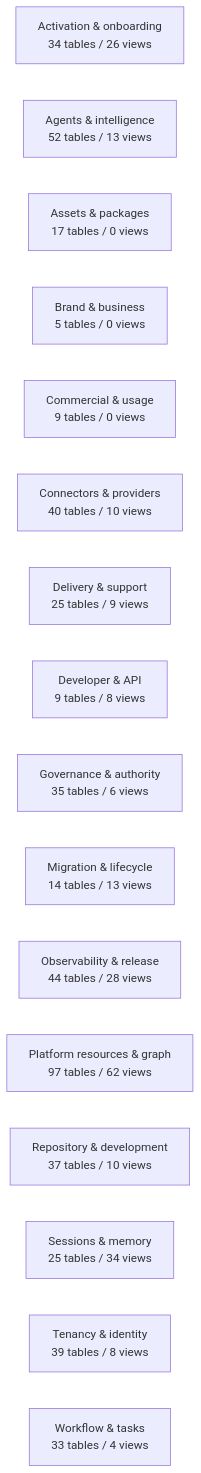
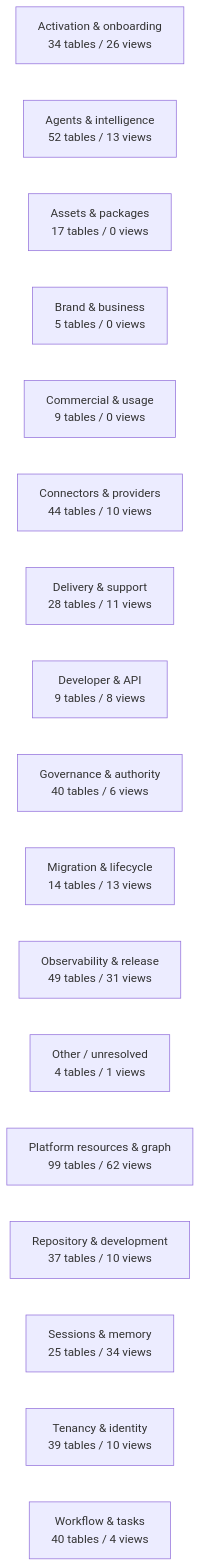
One commit to mad4bdigital-ai/multi-business-multi-role-growth-intelligence-os changed the diagram in docs/work-maps/data-model-domain-map.md. Above: the diagram before and after it, drawn with Mermaid. The commit also changed other lines of this file and 10 other files, not shown here.

````diff
--- a/docs/work-maps/data-model-domain-map.md
+++ b/docs/work-maps/data-model-domain-map.md
@@ -9,19 +9,20 @@
 ```mermaid
 flowchart LR
   n_Activation___onboarding["Activation & onboarding<br/>34 tables / 26 views"]
   n_Agents___intelligence["Agents & intelligence<br/>52 tables / 13 views"]
   n_Assets___packages["Assets & packages<br/>17 tables / 0 views"]
   n_Brand___business["Brand & business<br/>5 tables / 0 views"]
   n_Commercial___usage["Commercial & usage<br/>9 tables / 0 views"]
-  n_Connectors___providers["Connectors & providers<br/>40 tables / 10 views"]
-  n_Delivery___support["Delivery & support<br/>25 tables / 9 views"]
+  n_Connectors___providers["Connectors & providers<br/>44 tables / 10 views"]
+  n_Delivery___support["Delivery & support<br/>28 tables / 11 views"]
   n_Developer___API["Developer & API<br/>9 tables / 8 views"]
-  n_Governance___authority["Governance & authority<br/>35 tables / 6 views"]
+  n_Governance___authority["Governance & authority<br/>40 tables / 6 views"]
   n_Migration___lifecycle["Migration & lifecycle<br/>14 tables / 13 views"]
-  n_Observability___release["Observability & release<br/>44 tables / 28 views"]
-  n_Platform_resources___graph["Platform resources & graph<br/>97 tables / 62 views"]
+  n_Observability___release["Observability & release<br/>49 tables / 31 views"]
+  n_Other___unresolved["Other / unresolved<br/>4 tables / 1 views"]
+  n_Platform_resources___graph["Platform resources & graph<br/>99 tables / 62 views"]
   n_Repository___development["Repository & development<br/>37 tables / 10 views"]
   n_Sessions___memory["Sessions & memory<br/>25 tables / 34 views"]
-  n_Tenancy___identity["Tenancy & identity<br/>39 tables / 8 views"]
-  n_Workflow___tasks["Workflow & tasks<br/>33 tables / 4 views"]
+  n_Tenancy___identity["Tenancy & identity<br/>39 tables / 10 views"]
+  n_Workflow___tasks["Workflow & tasks<br/>40 tables / 4 views"]
 ```
````
